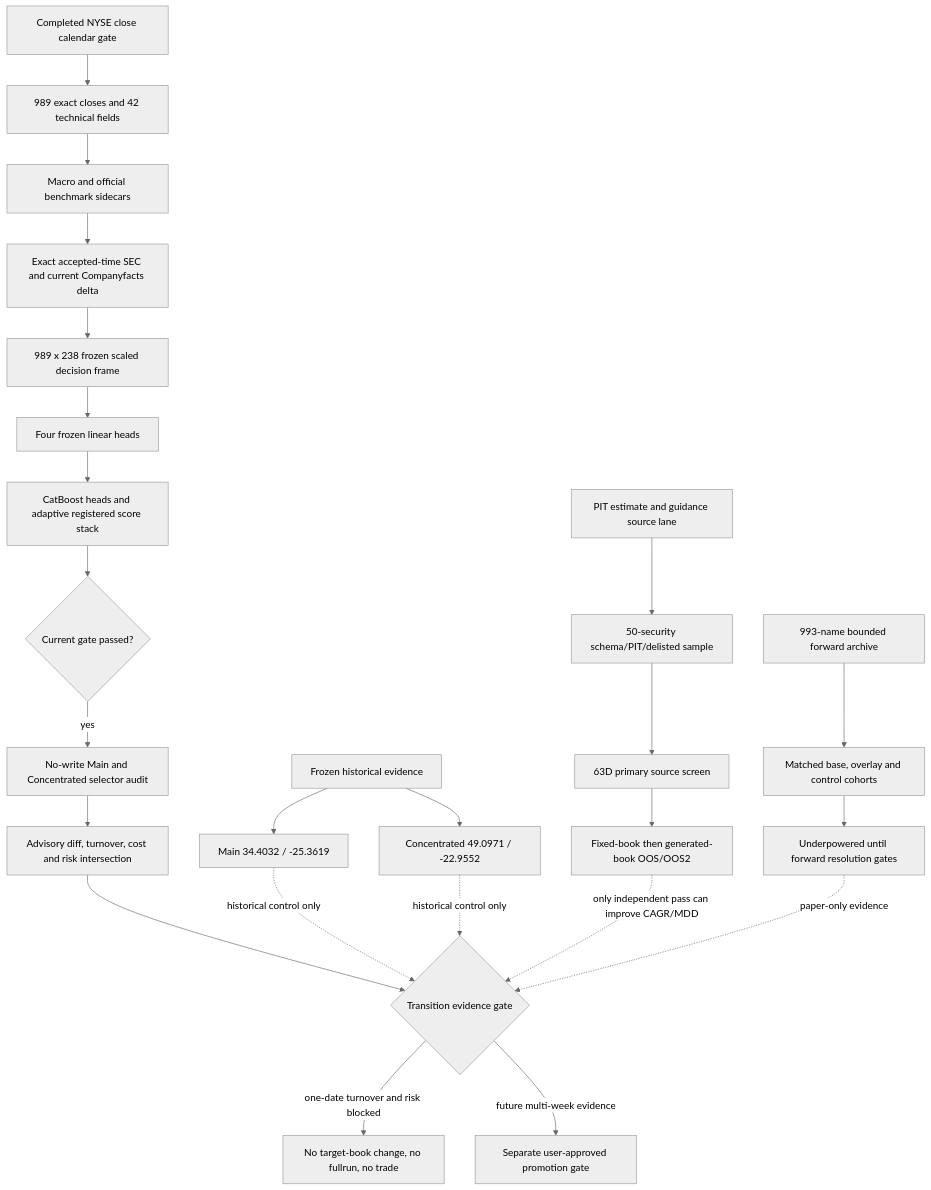
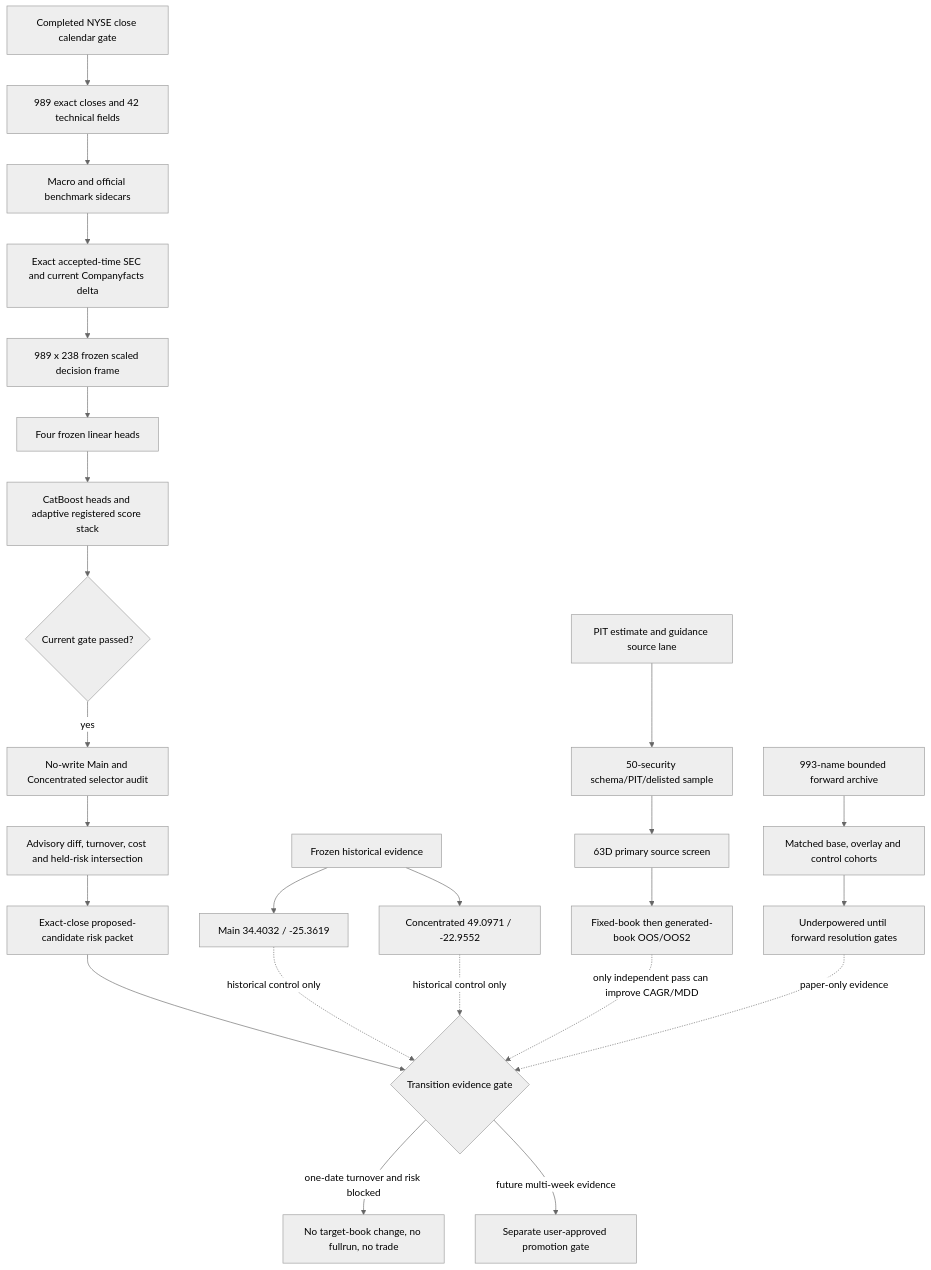
The diagram in docs/CODEX_RUN287_SYSTEM_FLOW_AND_SCORE_STACK_20260714.md (wscha231/r1000-quant-engine), drawn with Mermaid (neutral theme) before and after one commit. The commit also changed other lines of this file and 7 other files, not shown here.

Commit message:
Add proposed candidate risk review (#285)

````diff
--- a/docs/CODEX_RUN287_SYSTEM_FLOW_AND_SCORE_STACK_20260714.md
+++ b/docs/CODEX_RUN287_SYSTEM_FLOW_AND_SCORE_STACK_20260714.md
@@ -13,28 +13,29 @@
 ```mermaid
 flowchart TD
     A[Completed NYSE close calendar gate] --> B[989 exact closes and 42 technical fields]
     B --> C[Macro and official benchmark sidecars]
     C --> D[Exact accepted-time SEC and current Companyfacts delta]
     D --> E[989 x 238 frozen scaled decision frame]
     E --> F[Four frozen linear heads]
     F --> G[CatBoost heads and adaptive registered score stack]
     G --> H{Current gate passed?}
     H -- yes --> I[No-write Main and Concentrated selector audit]
-    I --> J[Advisory diff, turnover, cost and risk intersection]
-    J --> K{Transition evidence gate}
+    I --> J[Advisory diff, turnover, cost and held-risk intersection]
+    J --> X[Exact-close proposed-candidate risk packet]
+    X --> K{Transition evidence gate}
     K -- one-date turnover and risk blocked --> L[No target-book change, no fullrun, no trade]
     K -- future multi-week evidence --> W[Separate user-approved promotion gate]
 
     M[Frozen historical evidence] --> N[Main 34.4032 / -25.3619]
     M --> O[Concentrated 49.0971 / -22.9552]
     P[PIT estimate and guidance source lane] --> Q[50-security schema/PIT/delisted sample]
     Q --> R[63D primary source screen]
     R --> S[Fixed-book then generated-book OOS/OOS2]
     T[993-name bounded forward archive] --> U[Matched base, overlay and control cohorts]
     U --> V[Underpowered until forward resolution gates]
 
     N -. historical control only .-> K
     O -. historical control only .-> K
     S -. only independent pass can improve CAGR/MDD .-> K
     V -. paper-only evidence .-> K
 ```
````
